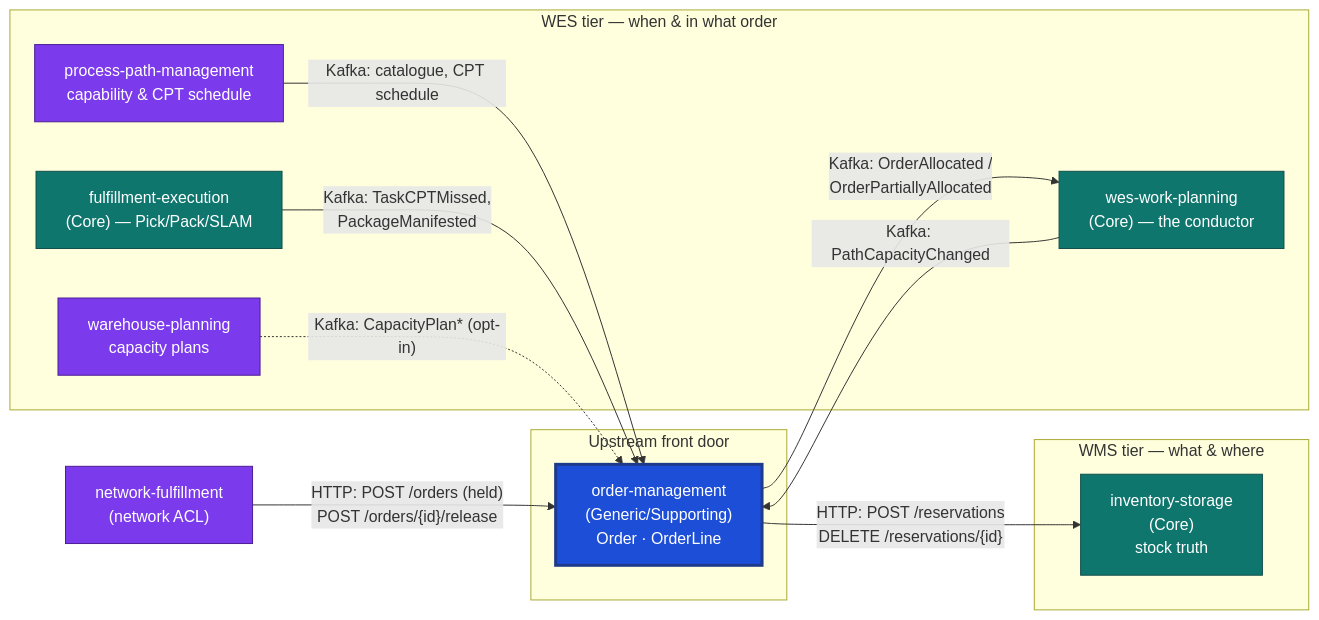
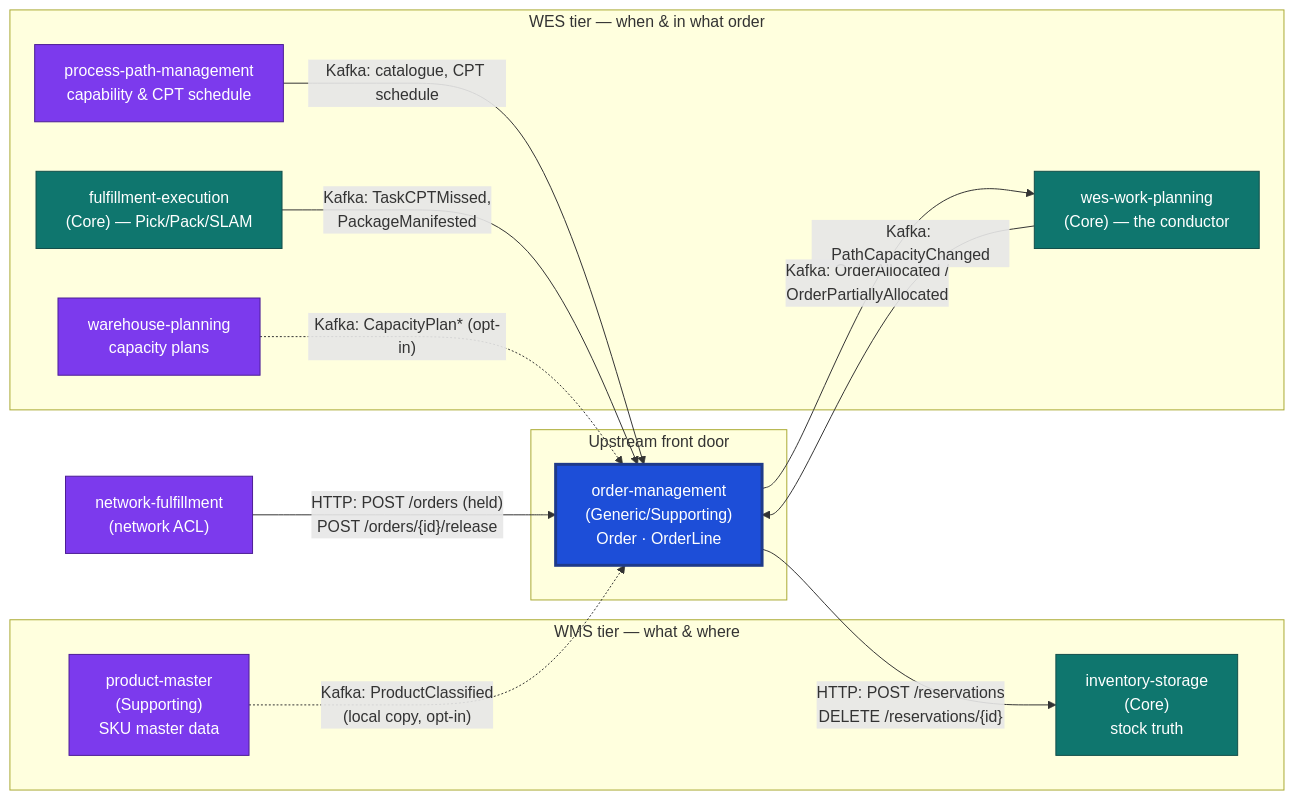
Before and after one commit to IQVO/order-management: the diagram in docs/docs/overview/introduction.md, drawn with Mermaid. The commit also changed other lines of this file and 17 other files, not shown here.

Commit message:
docs: product-master migration refresh (classification owner, local copy, fleet context lists)

````diff
--- a/docs/docs/overview/introduction.md
+++ b/docs/docs/overview/introduction.md
@@ -85,31 +89,33 @@
 ```mermaid
 flowchart LR
   NF["network-fulfillment<br/>(network ACL)"]
   subgraph NEW["Upstream front door"]
     OM["order-management<br/>(Generic/Supporting)<br/>Order · OrderLine"]
   end
   subgraph WMS["WMS tier — what & where"]
     INV["inventory-storage<br/>(Core)<br/>stock truth"]
+    PMX["product-master<br/>(Supporting)<br/>SKU master data"]
   end
   subgraph WES["WES tier — when & in what order"]
     PPM["process-path-management<br/>capability & CPT schedule"]
     WP["wes-work-planning<br/>(Core) — the conductor"]
     FE["fulfillment-execution<br/>(Core) — Pick/Pack/SLAM"]
     WPL["warehouse-planning<br/>capacity plans"]
   end
 
   NF -- "HTTP: POST /orders (held)<br/>POST /orders/{id}/release" --> OM
   OM -- "HTTP: POST /reservations<br/>DELETE /reservations/{id}" --> INV
+  PMX -. "Kafka: ProductClassified<br/>(local copy, opt-in)" .-> OM
   OM -- "Kafka: OrderAllocated /<br/>OrderPartiallyAllocated" --> WP
   PPM -- "Kafka: catalogue, CPT schedule" --> OM
   WP -- "Kafka: PathCapacityChanged" --> OM
   FE -- "Kafka: TaskCPTMissed,<br/>PackageManifested" --> OM
   WPL -. "Kafka: CapacityPlan* (opt-in)" .-> OM
 
   classDef this fill:#1d4ed8,stroke:#1e3a8a,color:#fff,stroke-width:3px;
   classDef core fill:#0f766e,stroke:#134e4a,color:#fff;
   classDef supp fill:#7c3aed,stroke:#4c1d95,color:#fff;
   class OM this;
   class INV,WP,FE core;
-  class PPM,NF,WPL supp;
+  class PPM,NF,WPL,PMX supp;
 ```
````
